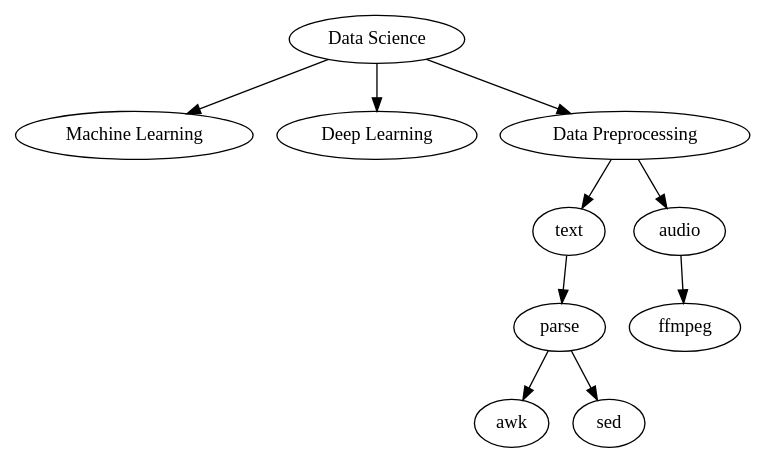
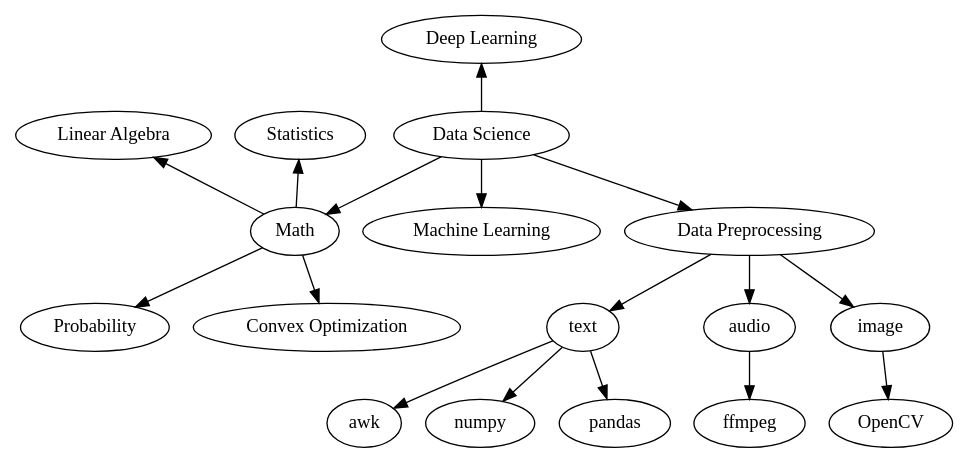
The third of 3 diagrams in source/about/index.md (titaneric/hexo.titaneric.github.io), drawn with Graphviz before and after one commit. The commit also changed other lines of this file, not shown here.

````diff
--- a/source/about/index.md
+++ b/source/about/index.md
@@ -56,22 +69,33 @@
 ```graphviz
 digraph hierarchy {
     node [color=Black,fontname=consolus,shape=oval] //All nodes will this shape and colour
     subgraph data{
         "Data Science"->"Machine Learning"
-        "Data Science"->"Deep Learning"
+        "Deep Learning"->"Data Science"[dir=back]
         "Data Science"->"Data Preprocessing"
+        "Data Science"->"Math"
+    }
+    subgraph math{
+        "Linear Algebra"->"Math"[dir=back]
+        "Statistics"->"Math"[dir=back]
+        "Math"->"Probability"
+        "Math"->"Convex Optimization"
     }
     subgraph preprocess{
         "Data Preprocessing"->"text"
         "Data Preprocessing"->"audio"
+        "Data Preprocessing"->"image"
     }
     subgraph textPre{
-        "text"->"parse"
-        "parse"->"awk"
-        "parse"->"sed"
+        "text"->"awk"
+        "text"->"numpy"
+        "text"->"pandas"
     }
     subgraph audioPre{
         "audio"->"ffmpeg"
     }
+    subgraph imagePre{
+        "image"->"OpenCV"
+    }
 }
 ```
````
